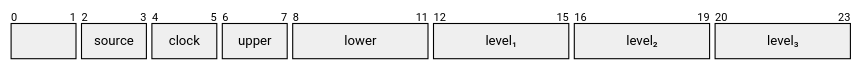
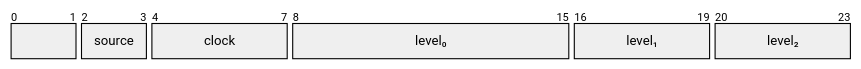
One commit to bwoods/Architecture changed the second of 3 diagrams in examples/foundations/text/storage/pos/README.md. Above: the diagram before and after it, drawn with Mermaid. The commit also changed other lines of this file and 4 other files, not shown here.

````diff
--- a/examples/foundations/text/storage/pos/README.md
+++ b/examples/foundations/text/storage/pos/README.md
@@ -34,11 +34,9 @@
 ```mermaid
 packet
     +2: ""
     +2: "source"
-    +2: "clock"
-    +2: "upper"
-    +4: "lower"
+    +4: "clock"
+    +8: "level₀"
     +4: "level₁"
     +4: "level₂"
-    +4: "level₃"
 ```
````
